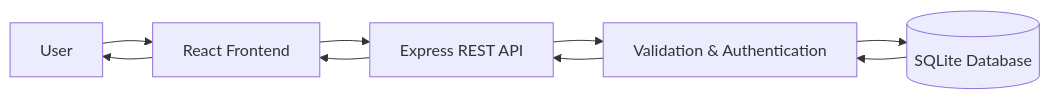
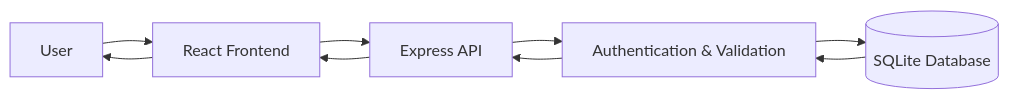
The first of 7 diagrams in README.md (kushalshrestha303-web/BalanceBoard), drawn with Mermaid before and after one commit. The commit also changed other lines of this file, not shown here.

````diff
--- a/README.md
+++ b/README.md
@@ -55,12 +64,12 @@
 ```mermaid
 flowchart LR
-    U[User] --> UI[React Frontend]
-    UI --> API[Express REST API]
-    API --> V[Validation & Authentication]
-    V --> DB[(SQLite Database)]
+    U[User] --> F[React Frontend]
+    F --> A[Express API]
+    A --> V[Authentication & Validation]
+    V --> D[(SQLite Database)]
 
-    DB --> V
-    V --> API
-    API --> UI
-    UI --> U
+    D --> V
+    V --> A
+    A --> F
+    F --> U
 ```
````
